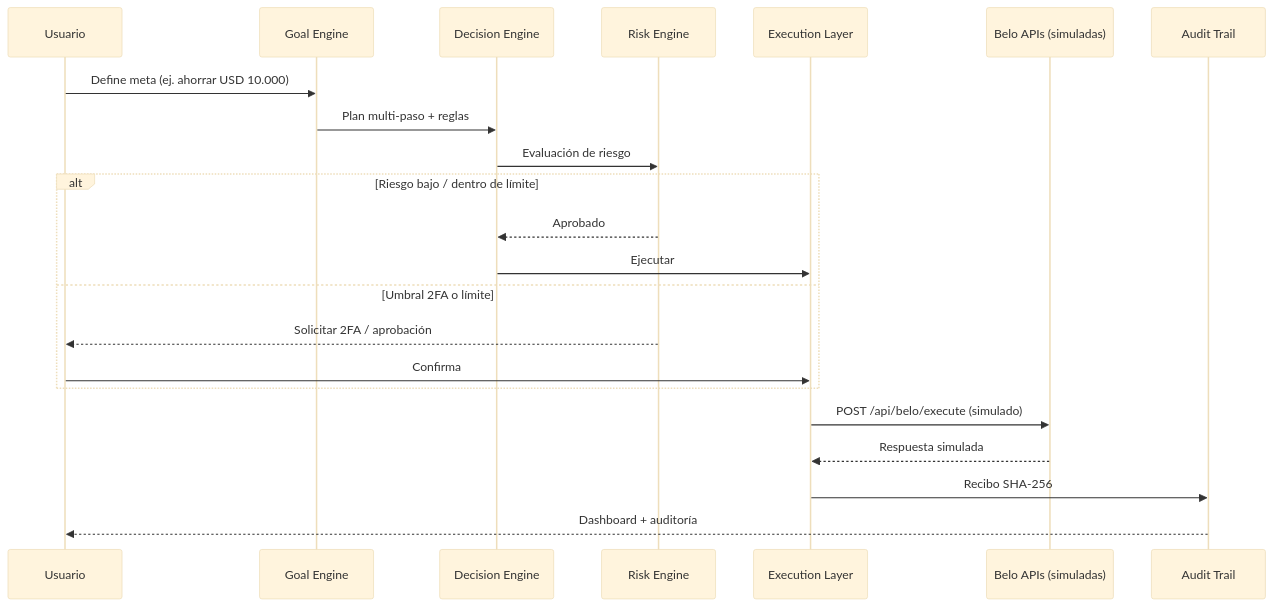
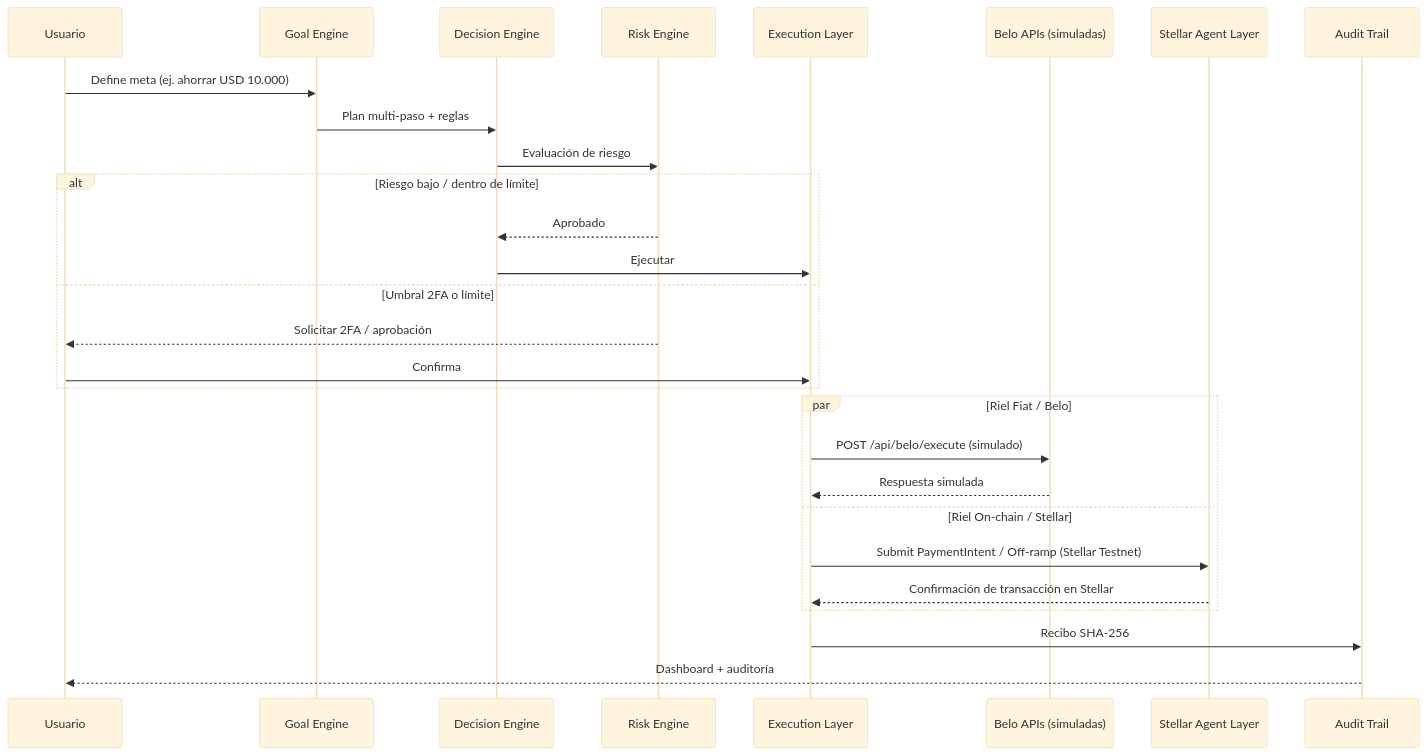
The diagram in docs/ARCHITECTURE.md (srbisnes/AgenticBank-for-Belo), drawn with Mermaid (base theme) before and after one commit. The commit also changed other lines of this file and 9 other files, not shown here.

First line of the commit message:
feat: integrate Stellar Agent Layer cross-chain execution rail

````diff
--- a/docs/ARCHITECTURE.md
+++ b/docs/ARCHITECTURE.md
@@ -12,25 +12,31 @@
 ```mermaid
 sequenceDiagram
     participant U as Usuario
     participant GE as Goal Engine
     participant DE as Decision Engine
     participant RE as Risk Engine
     participant EL as Execution Layer
     participant BA as Belo APIs (simuladas)
+    participant SAL as Stellar Agent Layer
     participant AT as Audit Trail
 
     U->>GE: Define meta (ej. ahorrar USD 10.000)
     GE->>DE: Plan multi-paso + reglas
     DE->>RE: Evaluación de riesgo
     alt Riesgo bajo / dentro de límite
         RE-->>DE: Aprobado
         DE->>EL: Ejecutar
     else Umbral 2FA o límite
         RE-->>U: Solicitar 2FA / aprobación
         U->>EL: Confirma
     end
-    EL->>BA: POST /api/belo/execute (simulado)
-    BA-->>EL: Respuesta simulada
+    par Riel Fiat / Belo
+        EL->>BA: POST /api/belo/execute (simulado)
+        BA-->>EL: Respuesta simulada
+    and Riel On-chain / Stellar
+        EL->>SAL: Submit PaymentIntent / Off-ramp (Stellar Testnet)
+        SAL-->>EL: Confirmación de transacción en Stellar
+    end
     EL->>AT: Recibo SHA-256
     AT-->>U: Dashboard + auditoría
 ```
````
